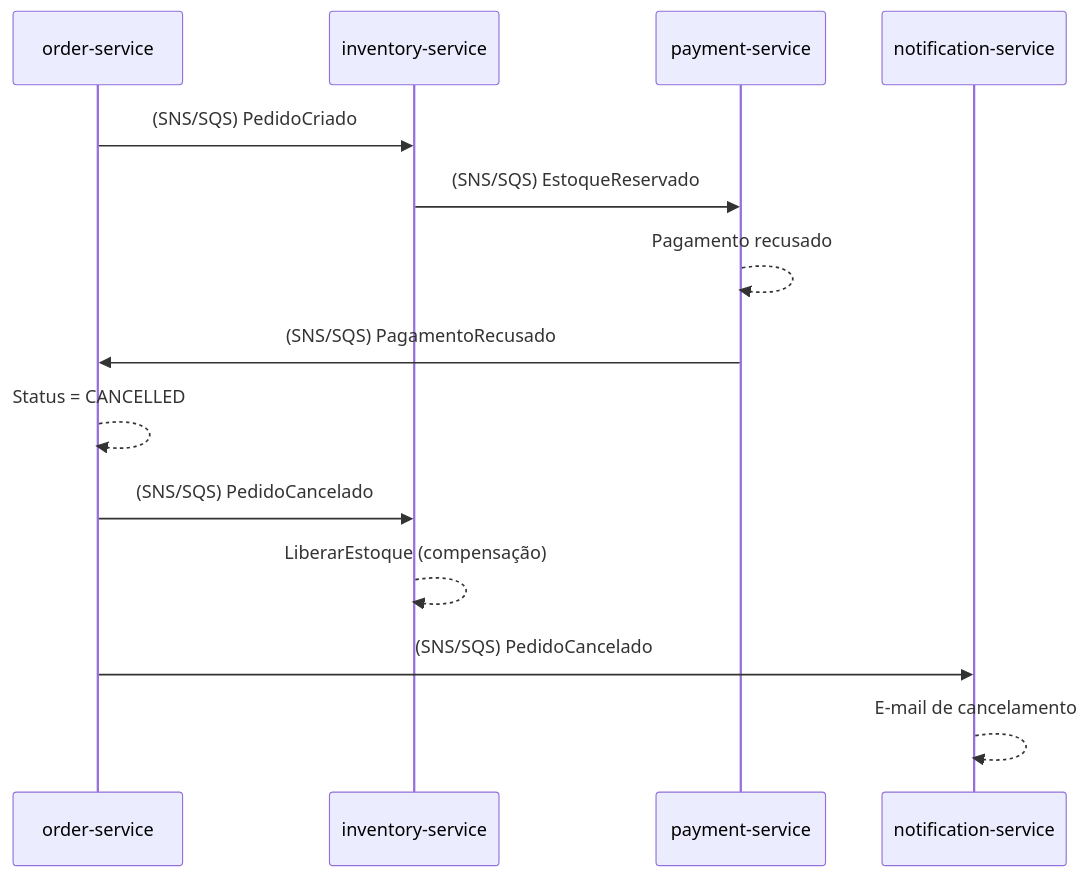
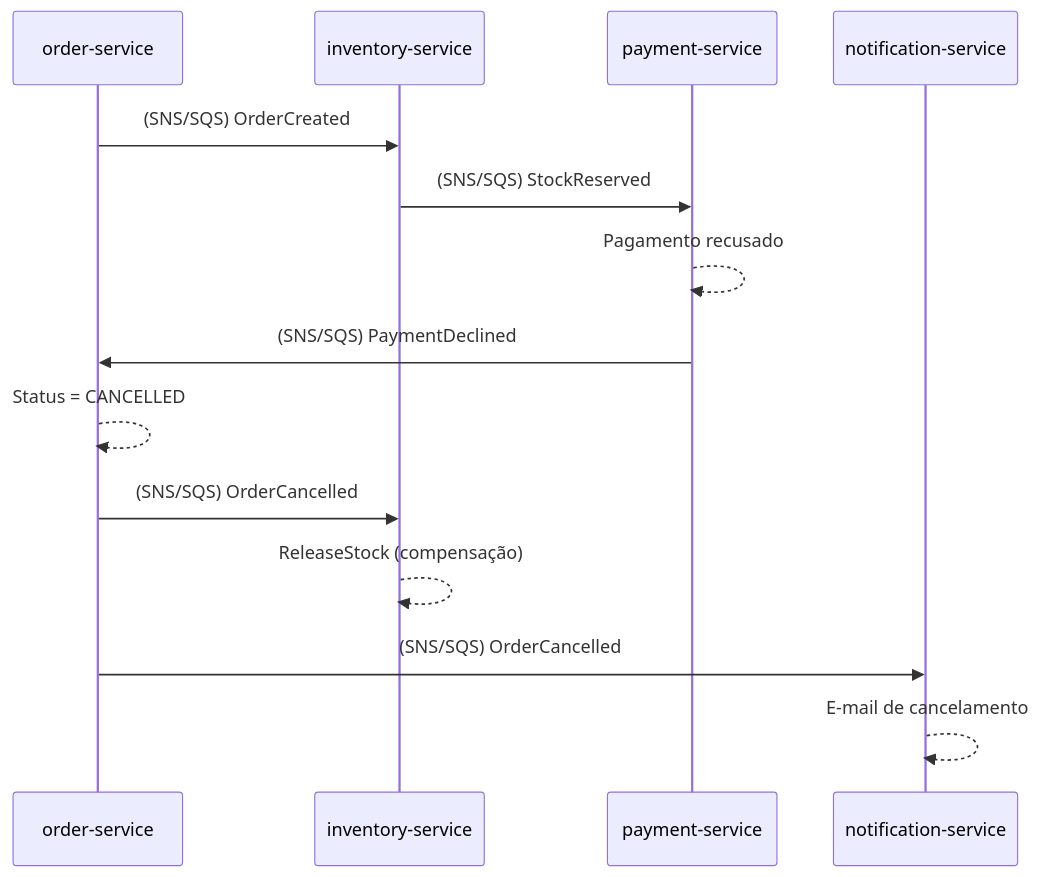
The second of 2 diagrams in ecommerce-platform/docs/saga/fluxo-saga.md (gutomelo/ecommerce-microservices), drawn with Mermaid before and after one commit. The commit also changed other lines of this file and 5 other files, not shown here.

````diff
--- a/ecommerce-platform/docs/saga/fluxo-saga.md
+++ b/ecommerce-platform/docs/saga/fluxo-saga.md
@@ -29,17 +29,17 @@
 ```mermaid
 sequenceDiagram
     participant Order as order-service
     participant Inventory as inventory-service
     participant Payment as payment-service
     participant Notification as notification-service
 
-    Order->>Inventory: (SNS/SQS) PedidoCriado
-    Inventory->>Payment: (SNS/SQS) EstoqueReservado
+    Order->>Inventory: (SNS/SQS) OrderCreated
+    Inventory->>Payment: (SNS/SQS) StockReserved
     Payment-->>Payment: Pagamento recusado
-    Payment->>Order: (SNS/SQS) PagamentoRecusado
+    Payment->>Order: (SNS/SQS) PaymentDeclined
     Order-->>Order: Status = CANCELLED
-    Order->>Inventory: (SNS/SQS) PedidoCancelado
-    Inventory-->>Inventory: LiberarEstoque (compensação)
-    Order->>Notification: (SNS/SQS) PedidoCancelado
+    Order->>Inventory: (SNS/SQS) OrderCancelled
+    Inventory-->>Inventory: ReleaseStock (compensação)
+    Order->>Notification: (SNS/SQS) OrderCancelled
     Notification-->>Notification: E-mail de cancelamento
 ```
````
